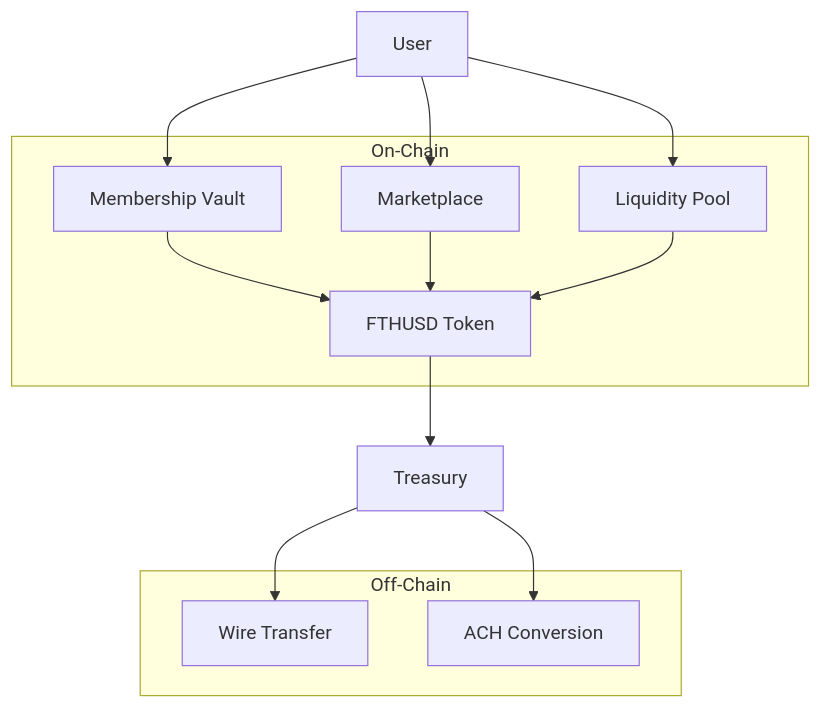
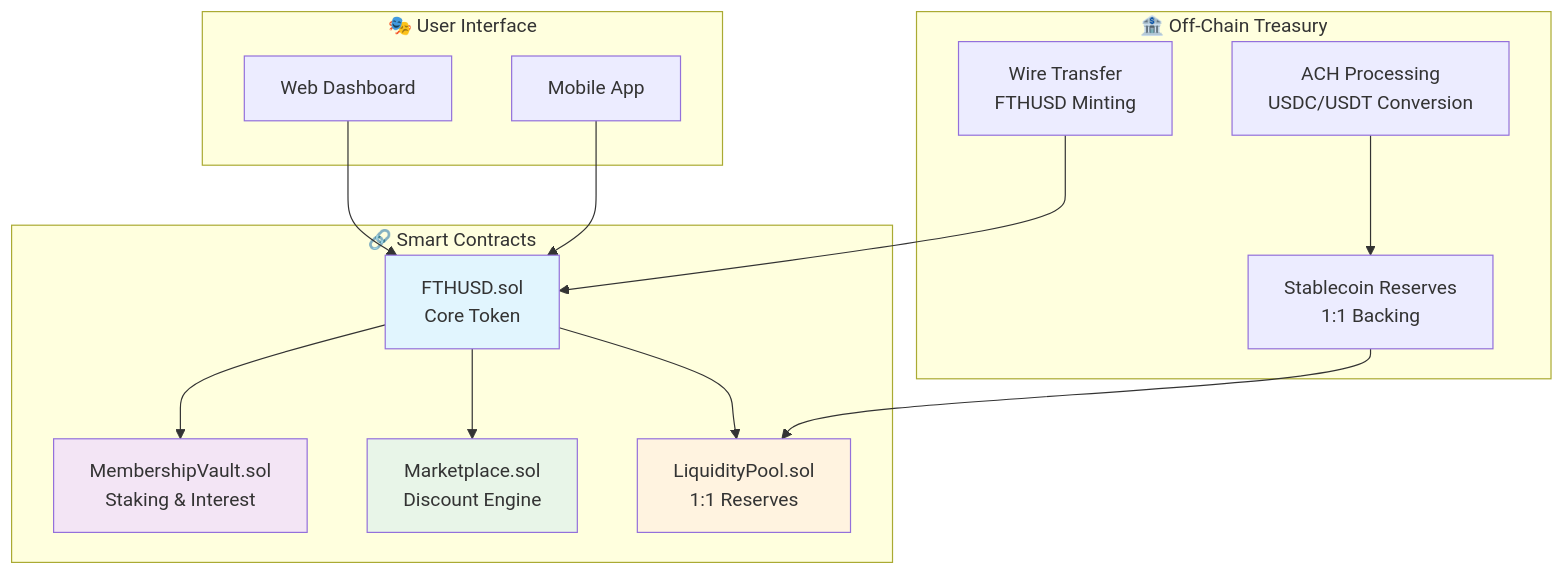
The first of 6 diagrams in FTHUSD/docs/README.md (kevanbtc/Landlord-tenant), drawn with Mermaid before and after one commit. The commit also changed other lines of this file, not shown here.

Commit message:
Enhance README with professional color-coded formatting, table of contents, flowcharts, and diagrams

````diff
--- a/FTHUSD/docs/README.md
+++ b/FTHUSD/docs/README.md
@@ -27,26 +66,34 @@
 ```mermaid
 graph TB
-    A[User] --> B[Membership Vault]
-    A --> C[Marketplace]
-    A --> D[Liquidity Pool]
-
-    B --> E[FTHUSD Token]
-    C --> E
-    D --> E
-
-    E --> F[Treasury]
-    F --> G[Wire Transfer]
-    F --> H[ACH Conversion]
-
-    subgraph "Off-Chain"
-        G
-        H
+    subgraph "🎭 User Interface"
+        UI[Web Dashboard]
+        Mobile[Mobile App]
     end
 
-    subgraph "On-Chain"
-        B
-        C
-        D
-        E
+    subgraph "🔗 Smart Contracts"
+        F[FTHUSD.sol<br/>Core Token]
+        V[MembershipVault.sol<br/>Staking & Interest]
+        M[Marketplace.sol<br/>Discount Engine]
+        L[LiquidityPool.sol<br/>1:1 Reserves]
     end
+
+    subgraph "🏦 Off-Chain Treasury"
+        Wire[Wire Transfer<br/>FTHUSD Minting]
+        ACH[ACH Processing<br/>USDC/USDT Conversion]
+        Reserves[Stablecoin Reserves<br/>1:1 Backing]
+    end
+
+    UI --> F
+    Mobile --> F
+    F --> V
+    F --> M
+    F --> L
+    Wire --> F
+    ACH --> Reserves
+    Reserves --> L
+
+    style F fill:#e1f5fe
+    style V fill:#f3e5f5
+    style M fill:#e8f5e8
+    style L fill:#fff3e0
 ```
````
